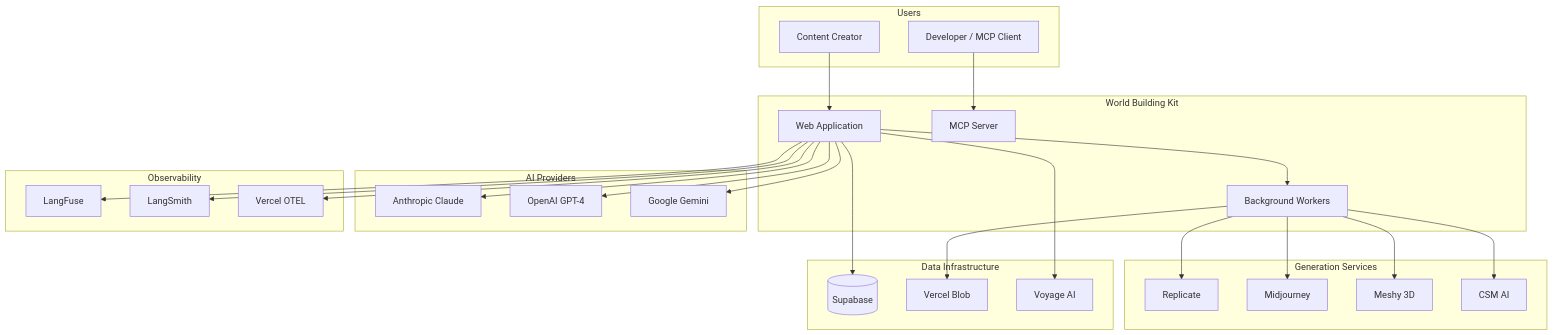
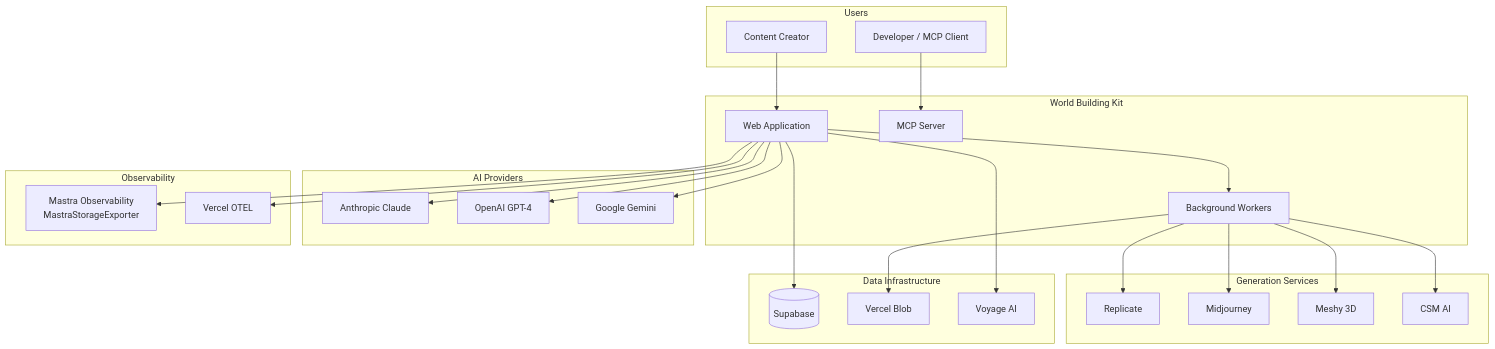
One commit to jsroga/nomos changed the first of 3 diagrams in docs/ARCHITECTURE.md. Above: the diagram before and after it, drawn with Mermaid. The commit also changed other lines of this file and 74 other files, not shown here.

````diff
--- a/docs/ARCHITECTURE.md
+++ b/docs/ARCHITECTURE.md
@@ -54,59 +54,57 @@
 ```mermaid
 graph TB
     subgraph Users
         Creator[Content Creator]
         Dev[Developer / MCP Client]
     end
 
     subgraph "World Building Kit"
         App[Web Application]
         MCP[MCP Server]
         Workers[Background Workers]
     end
 
     subgraph "AI Providers"
         Anthropic[Anthropic Claude]
         OpenAI[OpenAI GPT-4]
         Google[Google Gemini]
     end
 
     subgraph "Generation Services"
         Replicate[Replicate]
         Midjourney[Midjourney]
         Meshy[Meshy 3D]
         CSM[CSM AI]
     end
 
     subgraph "Data Infrastructure"
         Supabase[(Supabase)]
         Blob[Vercel Blob]
         VoyageAI[Voyage AI]
     end
 
     subgraph "Observability"
-        LangFuse[LangFuse]
-        LangSmith[LangSmith]
+        MastraObs[Mastra Observability<br/>MastraStorageExporter]
         Vercel[Vercel OTEL]
     end
 
     Creator --> App
     Dev --> MCP
     
     App --> Anthropic
     App --> OpenAI
     App --> Google
     
     App --> Workers
     Workers --> Replicate
     Workers --> Midjourney
     Workers --> Meshy
     Workers --> CSM
     
     App --> Supabase
     Workers --> Blob
     App --> VoyageAI
     
-    App --> LangFuse
-    App --> LangSmith
+    App --> MastraObs
     App --> Vercel
 ```
````
